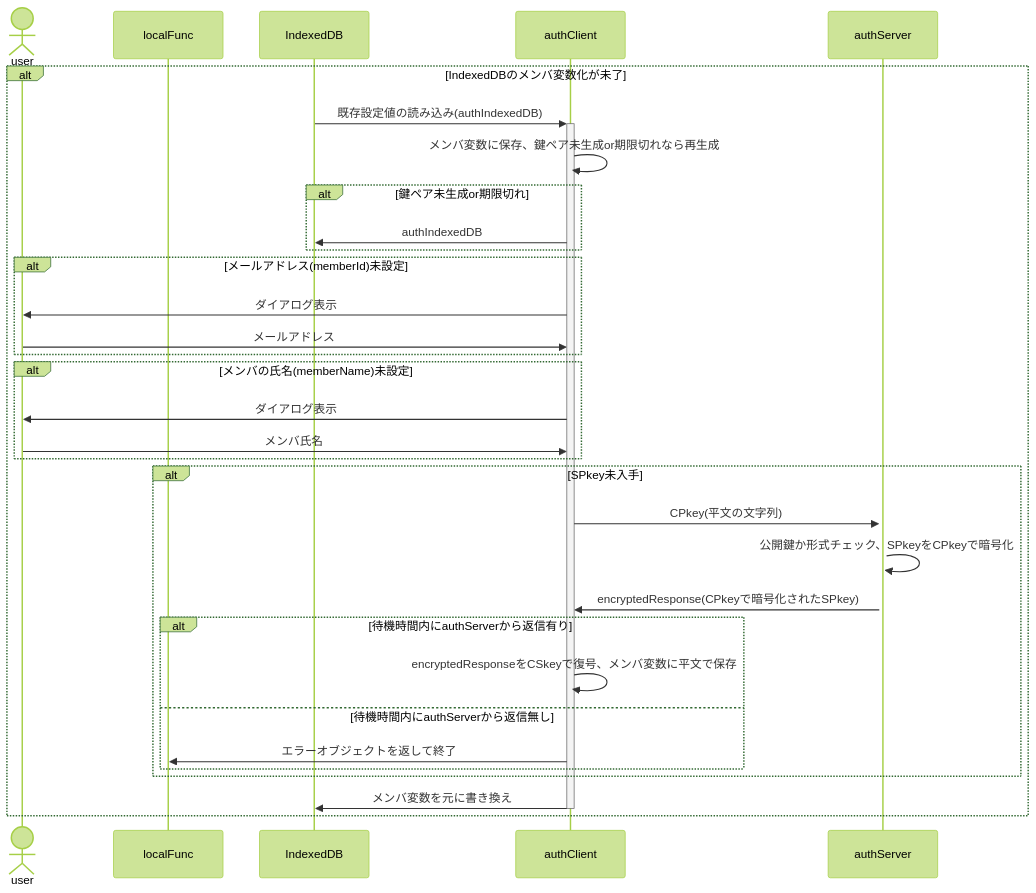
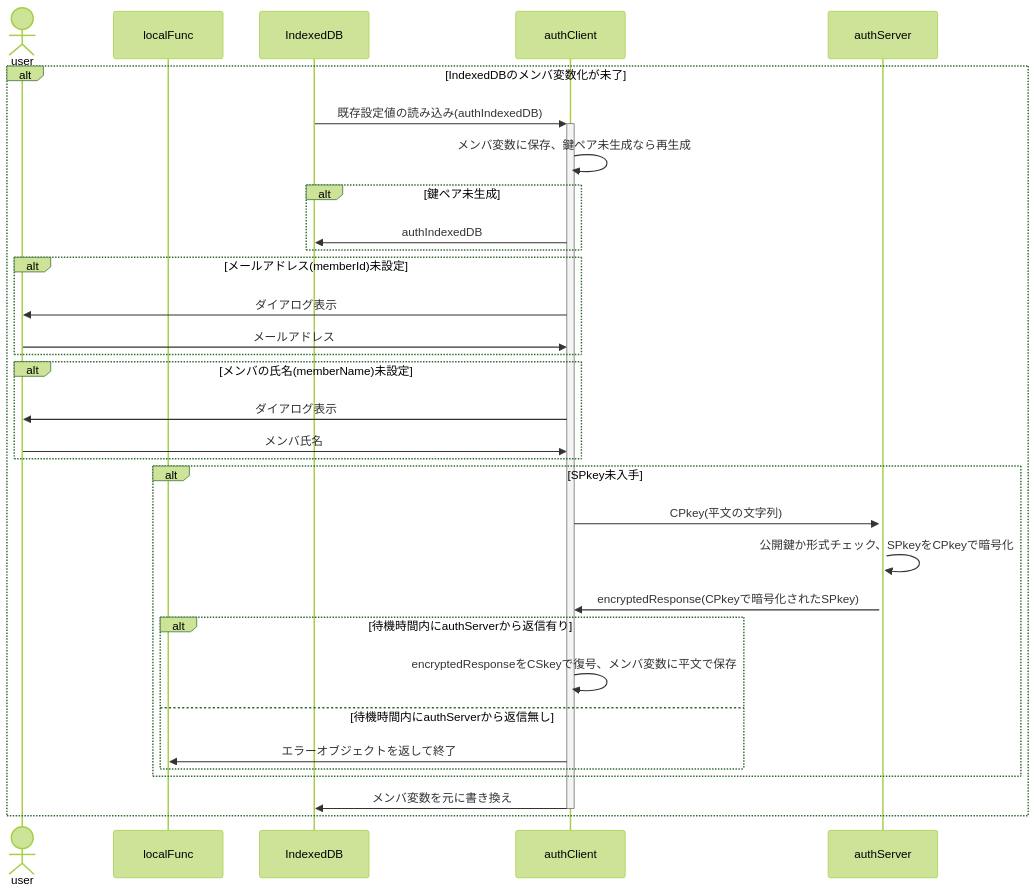
The first of 3 diagrams in underDev/Auth/doc/authClient.md (nakaone/library), drawn with Mermaid (forest theme) before and after one commit. The commit also changed other lines of this file and 12 other files, not shown here.

Commit message:
authClient.exec()、CPkey更新処理を追記

````diff
--- a/underDev/Auth/doc/authClient.md
+++ b/underDev/Auth/doc/authClient.md
@@ -51,46 +68,46 @@
 ```mermaid
 sequenceDiagram
 
   actor user
   participant localFunc
   %%participant clientMail
   %%participant cryptoClient
   participant IndexedDB
   participant authClient
   participant authServer
   %%participant memberList
   %%participant cryptoServer
   %%participant serverFunc
   %%actor admin
 
   %% IndexedDB格納項目のメンバ変数化 ----------
   alt IndexedDBのメンバ変数化が未了
     IndexedDB->>+authClient: 既存設定値の読み込み(authIndexedDB)
-    authClient->>authClient: メンバ変数に保存、鍵ペア未生成or期限切れなら再生成
-    alt 鍵ペア未生成or期限切れ
+    authClient->>authClient: メンバ変数に保存、鍵ペア未生成なら再生成
+    alt 鍵ペア未生成
       authClient->>IndexedDB: authIndexedDB
     end
     alt メールアドレス(memberId)未設定
       authClient->>user: ダイアログ表示
       user->>authClient: メールアドレス
     end
     alt メンバの氏名(memberName)未設定
       authClient->>user: ダイアログ表示
       user->>authClient: メンバ氏名
     end
     alt SPkey未入手
       authClient->>+authServer: CPkey(平文の文字列)
 
       %% 以下2行はauthServer.responseSPkey()の処理内容
       authServer->>authServer: 公開鍵か形式チェック、SPkeyをCPkeyで暗号化
       authServer->>authClient: encryptedResponse(CPkeyで暗号化されたSPkey)
 
       alt 待機時間内にauthServerから返信有り
         authClient->>authClient: encryptedResponseをCSkeyで復号、メンバ変数に平文で保存
       else 待機時間内にauthServerから返信無し
         authClient->>localFunc: エラーオブジェクトを返して終了
       end
     end
     authClient->>-IndexedDB: メンバ変数を元に書き換え
   end
 ```
````
